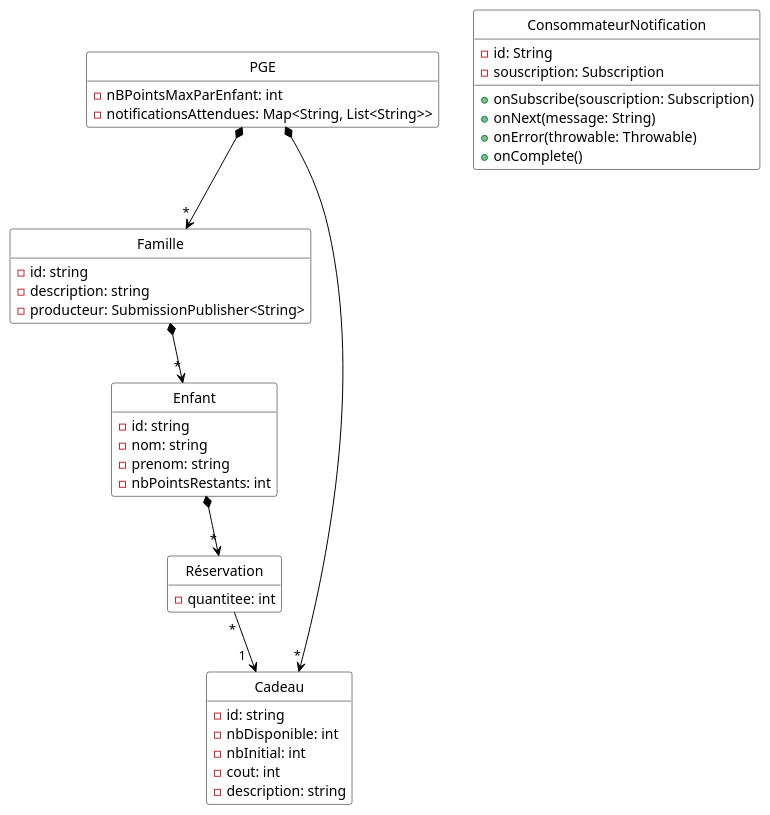
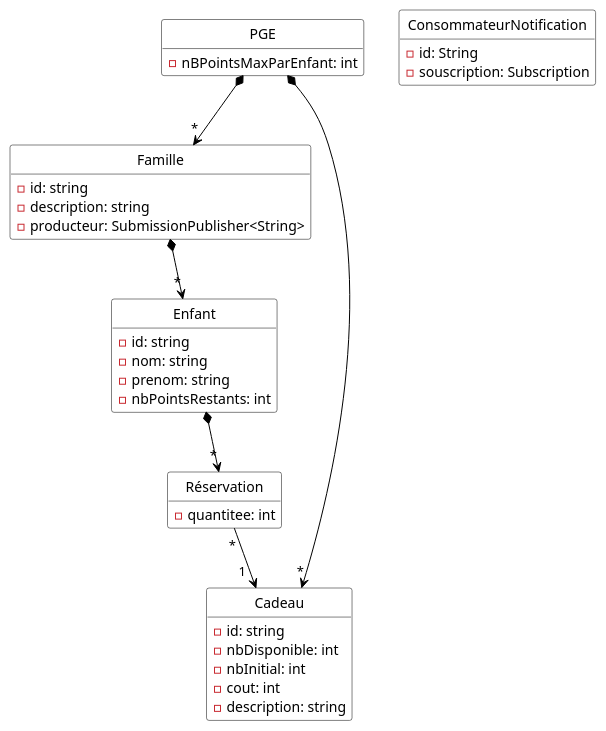
One commit to yasminebelmaaziz/dev_logiciel changed the diagram in Diagrammes/pge_uml_diag_classes.pu. Above: the diagram before and after it, drawn with PlantUML. The commit also changed 4 other files, not shown here.

Commit message:
Correction du diagramme de classes et ajout de titres pour les figures

```diff
--- a/Diagrammes/pge_uml_diag_classes.pu
+++ b/Diagrammes/pge_uml_diag_classes.pu
@@ -1,64 +1,59 @@
 @startuml
 hide empty methods
 hide circle
 skinparam class {
   BackgroundColor White
   ArrowColor Black
   BorderColor Black
 }
 skinparam groupInheritance 3
 
 class PGE {
   - nBPointsMaxParEnfant: int
-  - notificationsAttendues: Map<String, List<String>>
 }
 
 class Famille {
   - id: string
   - description: string
   - producteur: SubmissionPublisher<String>
   
 }
 
 class ConsommateurNotification {
     - id: String
     - souscription: Subscription
-    + onSubscribe(souscription: Subscription)
-    + onNext(message: String)
-    + onError(throwable: Throwable)
-    + onComplete()
 }
 
 
 class Enfant {
   - id: string
   - nom: string
   - prenom: string
   - nbPointsRestants: int
 }
 
 class Cadeau {
   - id: string
   - nbDisponible: int
   - nbInitial: int
   - cout: int
   - description: string
 }
 
 class Réservation {
   - quantitee: int
 }
 
 
 
 PGE *--> "*" Famille
 PGE *--> "*" Cadeau
 
 Enfant *-->"*" Réservation
 Réservation "*"--> "1  " Cadeau
 
 
 Famille *--> "*" Enfant
 
 
 @enduml
```
